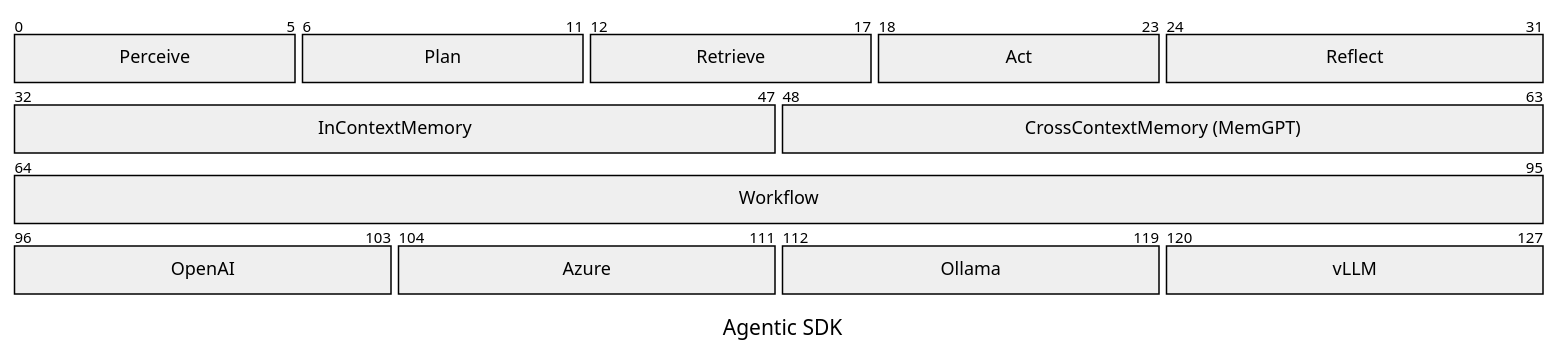
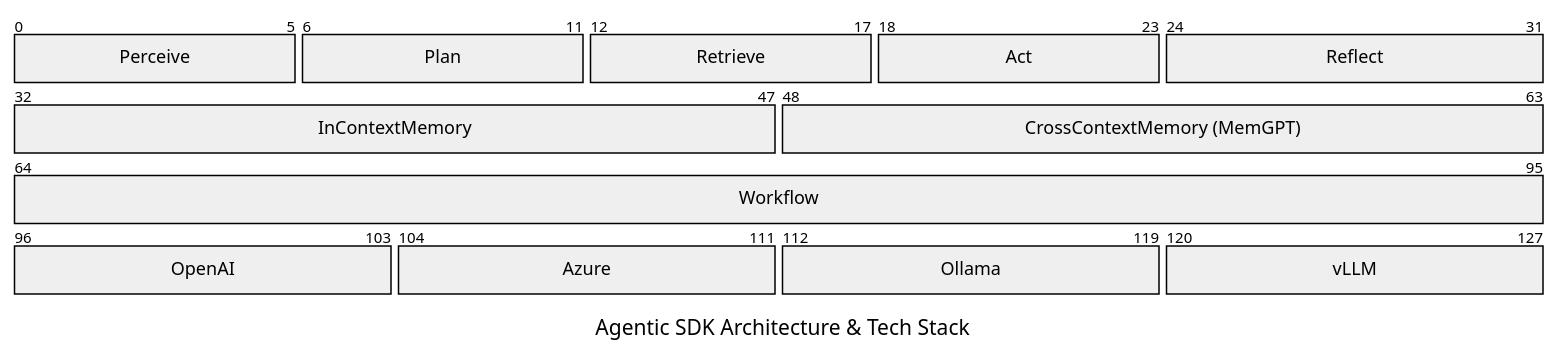
The first of 2 diagrams in profile/README.md (MarkovChenITRI/.github), drawn with Mermaid before and after one commit.

````diff
--- a/profile/README.md
+++ b/profile/README.md
@@ -16,18 +16,18 @@
 ```mermaid
 ---
-title: Agentic SDK
+title: Agentic SDK Architecture & Tech Stack
 ---
 packet
 0-5: "Perceive"
 6-11: "Plan"
 12-17: "Retrieve"
 18-23: "Act"
 24-31: "Reflect"
 32-47: "InContextMemory"
 48-63: "CrossContextMemory (MemGPT)"
 64-95: "Workflow"
 96-103: "OpenAI"
 104-111: "Azure"
 112-119: "Ollama"
 120-127: "vLLM"
 ```
````
